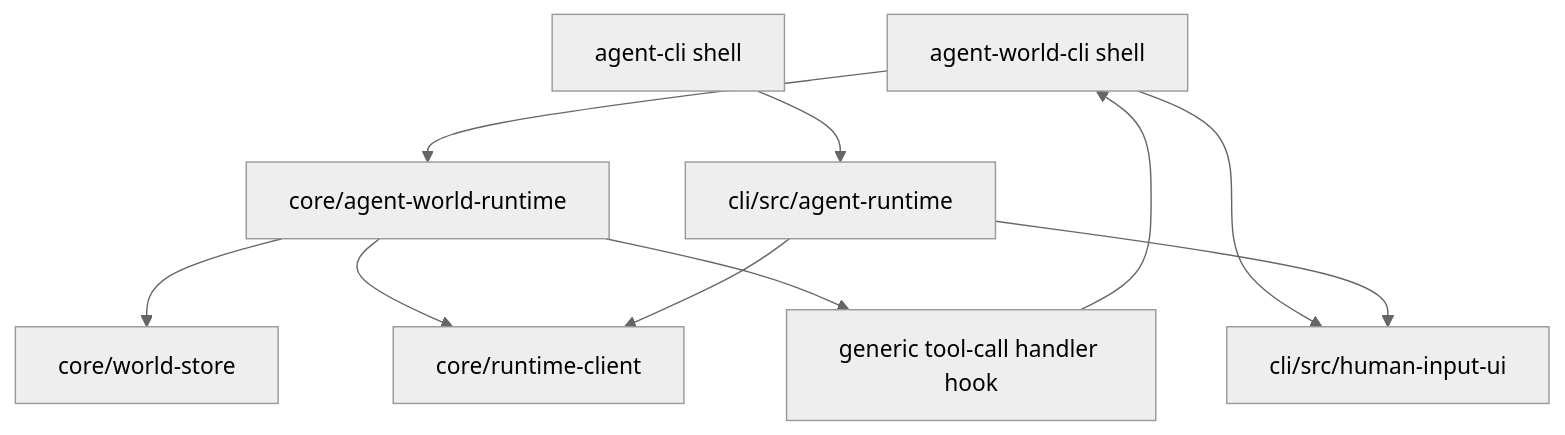
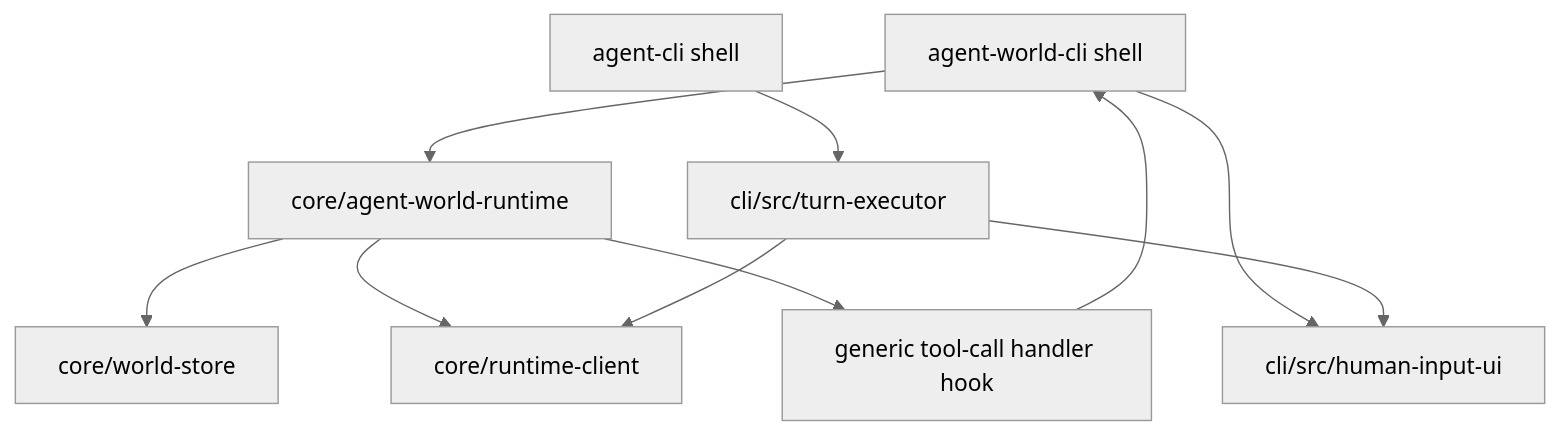
One commit to yysun/agent-cli changed the diagram in .docs/plans/2026/05/23/plan-agent-world-runtime-boundary.md. Above: the diagram before and after it, drawn with Mermaid (neutral theme). The commit also changed 15 other files, not shown here.

Commit message:
feat: stream agent-world-cli interactive sends

````diff
--- a/.docs/plans/2026/05/23/plan-agent-world-runtime-boundary.md
+++ b/.docs/plans/2026/05/23/plan-agent-world-runtime-boundary.md
@@ -7,12 +7,12 @@
 ```mermaid
 flowchart TD
   A["agent-world-cli shell"] --> B["core/agent-world-runtime"]
   A --> C["cli/src/human-input-ui"]
   B --> D["core/world-store"]
   B --> E["core/runtime-client"]
   B --> F["generic tool-call handler hook"]
   F --> A
-  G["agent-cli shell"] --> H["cli/src/agent-runtime"]
+  G["agent-cli shell"] --> H["cli/src/turn-executor"]
   H --> C
   H --> E
 ```
````
